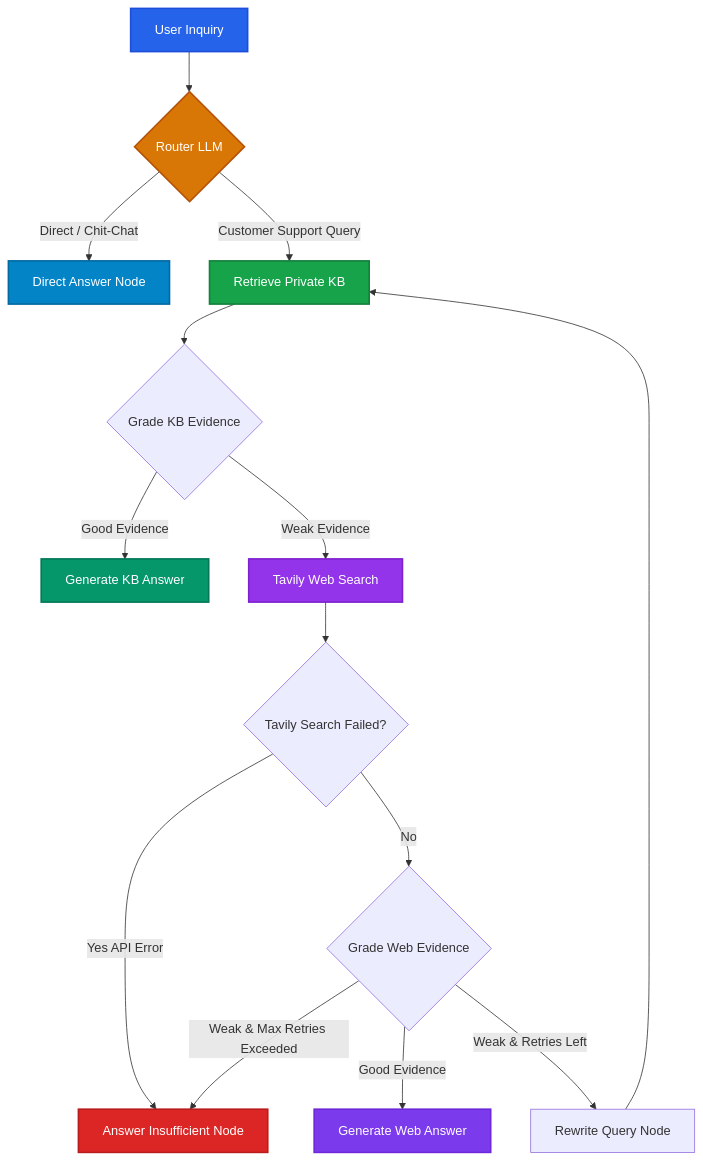
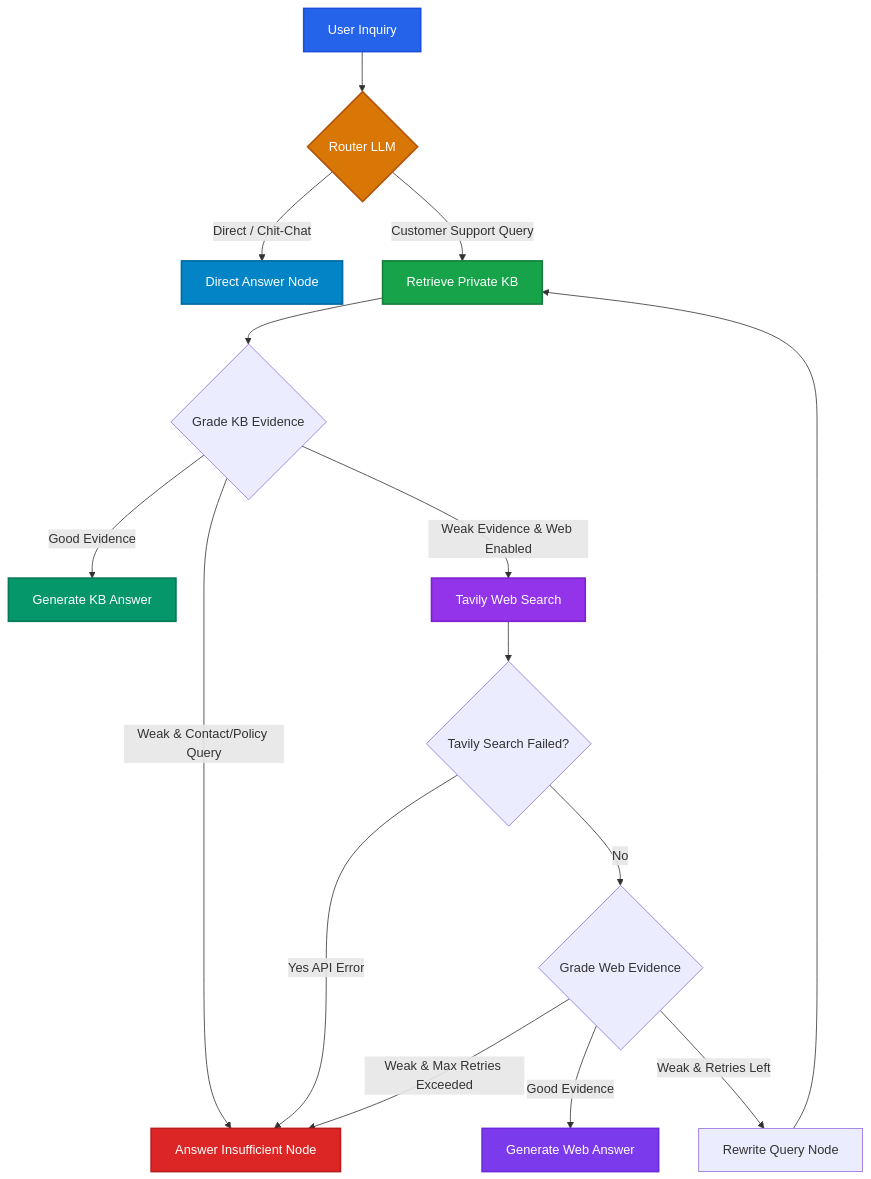
One commit to tilakchow/agentic-customer-support-rag changed the diagram in README.md. Above: the diagram before and after it, drawn with Mermaid. The commit also changed other lines of this file and 7 other files, not shown here.

````diff
--- a/README.md
+++ b/README.md
@@ -49,25 +49,26 @@
 ```mermaid
 graph TD
-    A[User Inquiry] --> B{Router LLM}
-    B -- Direct / Chit-Chat --> C[Direct Answer Node]
-    B -- Customer Support Query --> D[Retrieve Private KB]
-    D --> E{Grade KB Evidence}
-    E -- Good Evidence --> F[Generate KB Answer]
-    E -- Weak Evidence --> G[Tavily Web Search]
-    G --> H{Tavily Search Failed?}
-    H -- Yes API Error --> K[Answer Insufficient Node]
-    H -- No --> I{Grade Web Evidence}
-    I -- Good Evidence --> J[Generate Web Answer]
-    I -- Weak & Retries Left --> L[Rewrite Query Node]
+    A["User Inquiry"] --> B{"Router LLM"}
+    B -- "Direct / Chit-Chat" --> C["Direct Answer Node"]
+    B -- "Customer Support Query" --> D["Retrieve Private KB"]
+    D --> E{"Grade KB Evidence"}
+    E -- "Good Evidence" --> F["Generate KB Answer"]
+    E -- "Weak Evidence & Web Enabled" --> G["Tavily Web Search"]
+    E -- "Weak & Contact/Policy Query" --> K["Answer Insufficient Node"]
+    G --> H{"Tavily Search Failed?"}
+    H -- "Yes API Error" --> K
+    H -- "No" --> I{"Grade Web Evidence"}
+    I -- "Good Evidence" --> J["Generate Web Answer"]
+    I -- "Weak & Retries Left" --> L["Rewrite Query Node"]
     L --> D
-    I -- Weak & Max Retries Exceeded --> K
+    I -- "Weak & Max Retries Exceeded" --> K
     
     style A fill:#2563eb,stroke:#1d4ed8,stroke-width:2px,color:#fff
     style B fill:#d97706,stroke:#b45309,stroke-width:2px,color:#fff
     style D fill:#16a34a,stroke:#15803d,stroke-width:2px,color:#fff
     style G fill:#9333ea,stroke:#7e22ce,stroke-width:2px,color:#fff
     style C fill:#0284c7,stroke:#0369a1,stroke-width:2px,color:#fff
     style F fill:#059669,stroke:#047857,stroke-width:2px,color:#fff
     style J fill:#7c3aed,stroke:#6d28d9,stroke-width:2px,color:#fff
     style K fill:#dc2626,stroke:#b91c1c,stroke-width:2px,color:#fff
 ```
````
